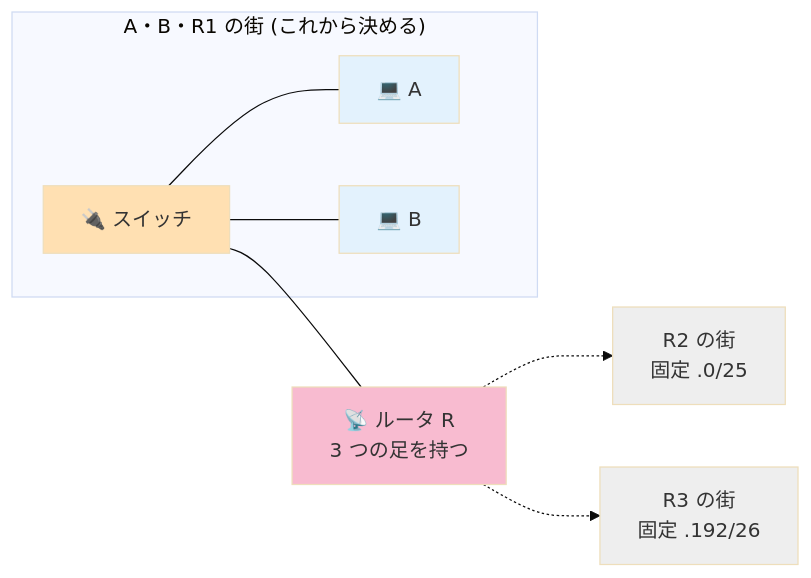
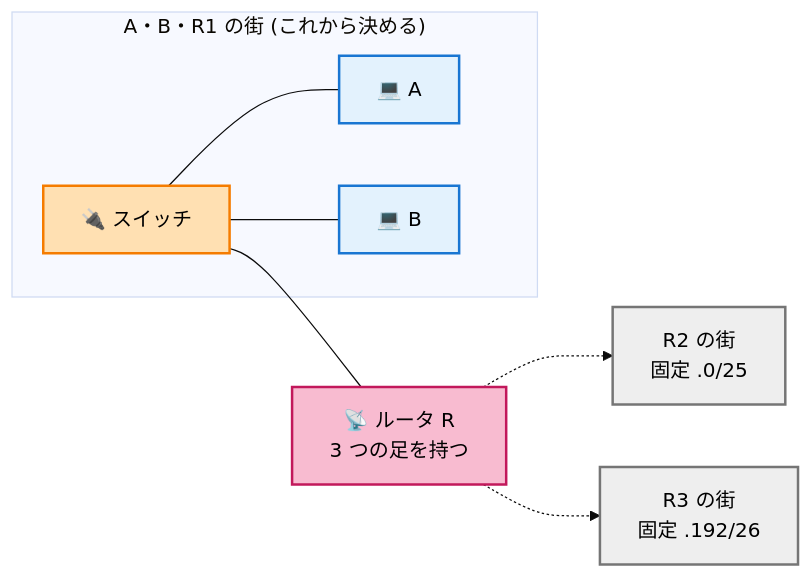
Before and after one commit to Tsunanko/netpractice-guide: the diagram in docs/02-levels/level4.md, drawn with Mermaid (base theme). The commit also changed other lines of this file and 3 other files, not shown here.

````diff
--- a/docs/02-levels/level4.md
+++ b/docs/02-levels/level4.md
@@ -30,23 +40,26 @@
 ```mermaid
 flowchart LR
     subgraph LAN ["A・B・R1 の街 (これから決める)"]
       S[🔌 スイッチ]
       A[💻 A]
       B[💻 B]
       S --- A
       S --- B
     end
     R[📡 ルータ R<br>3 つの足を持つ]
     R2[R2 の街<br>固定 .0/25]
     R3[R3 の街<br>固定 .192/26]
     S --- R
     R -.-> R2
     R -.-> R3
 
-    style S fill:#FFE0B2
-    style A fill:#E3F2FD
-    style B fill:#E3F2FD
-    style R fill:#F8BBD0
-    style R2 fill:#EEEEEE
-    style R3 fill:#EEEEEE
+    classDef switch fill:#FFE0B2,stroke:#F57C00,color:#000,stroke-width:2px
+    classDef host fill:#E3F2FD,stroke:#1976D2,color:#000,stroke-width:2px
+    classDef router fill:#F8BBD0,stroke:#C2185B,color:#000,stroke-width:2px
+    classDef fixed fill:#EEEEEE,stroke:#757575,color:#000,stroke-width:2px
+
+    class S switch
+    class A,B host
+    class R router
+    class R2,R3 fixed
 ```
````
